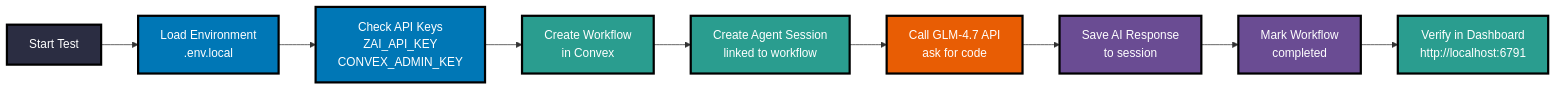
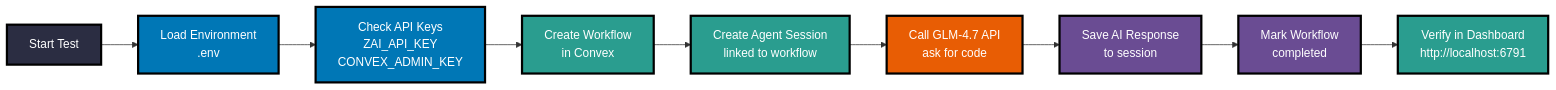
Before and after one commit to whezagl/convex-poc: the third of 5 diagrams in docs/SETUP_GUIDE.md, drawn with Mermaid. The commit also changed other lines of this file and 5 other files, not shown here.

First line of the commit message:
fix(security): remove committed secrets from .env.local

````diff
--- a/docs/SETUP_GUIDE.md
+++ b/docs/SETUP_GUIDE.md
@@ -343,21 +343,21 @@
 ```mermaid
 flowchart LR
-    A[Start Test] --> B[Load Environment<br/>.env.local]
+    A[Start Test] --> B[Load Environment<br/>.env]
     B --> C[Check API Keys<br/>ZAI_API_KEY<br/>CONVEX_ADMIN_KEY]
     C --> D[Create Workflow<br/>in Convex]
     D --> E[Create Agent Session<br/>linked to workflow]
     E --> F[Call GLM-4.7 API<br/>ask for code]
     F --> G[Save AI Response<br/>to session]
     G --> H[Mark Workflow<br/>completed]
     H --> I[Verify in Dashboard<br/>http://localhost:6791]
 
     style A fill:#2B2D42,stroke:#000,stroke-width:3px,color:#fff
     style B fill:#0077B6,stroke:#000,stroke-width:3px,color:#fff
     style C fill:#0077B6,stroke:#000,stroke-width:3px,color:#fff
     style D fill:#2A9D8F,stroke:#000,stroke-width:3px,color:#fff
     style E fill:#2A9D8F,stroke:#000,stroke-width:3px,color:#fff
     style F fill:#E85D04,stroke:#000,stroke-width:3px,color:#fff
     style G fill:#6A4C93,stroke:#000,stroke-width:3px,color:#fff
     style H fill:#6A4C93,stroke:#000,stroke-width:3px,color:#fff
     style I fill:#2A9D8F,stroke:#000,stroke-width:3px,color:#fff
 ```
````
